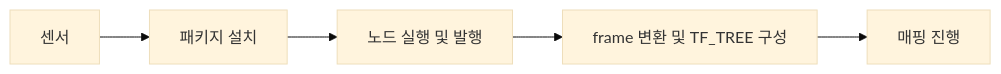
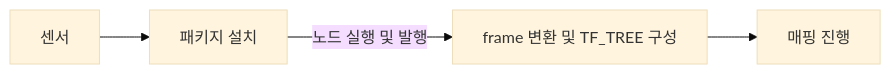
The diagram in slam_enbd.md (ngyh-1002/scout_robot), drawn with Mermaid (base theme) before and after one commit.

````diff
--- a/slam_enbd.md
+++ b/slam_enbd.md
@@ -71,10 +71,8 @@
 ```mermaid
 flowchart LR
 
     A[센서]
     A --> B[패키지 설치]
-
-    B --> C[노드 실행 및 발행]
-    C --> D[frame 변환 및 TF_TREE 구성]
+    B --> |노드 실행 및 발행|D[frame 변환 및 TF_TREE 구성]
     D --> E[매핑 진행]
 ```
````
